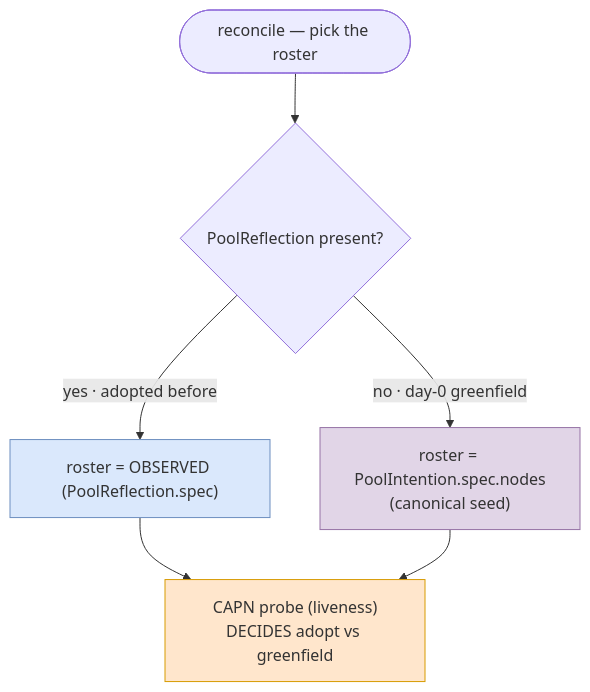
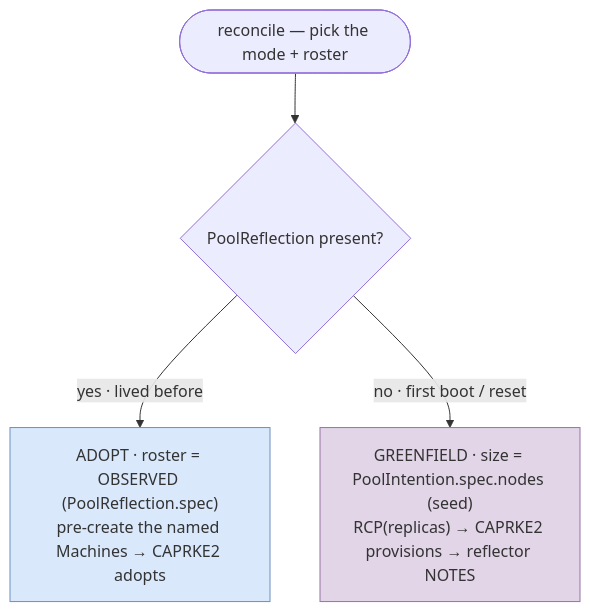
Before and after one commit to seedmatic/rke2lab: the tenth of 12 diagrams in docs/architecture/cluster-api/cluster-seeding-controller.adoc, drawn with Mermaid. The commit also changed other lines of this file and 2 other files, not shown here.

First line of the commit message:
docs(cluster-api): grave the reflector-first / observe-only model

```diff
--- a/docs/architecture/cluster-api/cluster-seeding-controller.adoc
+++ b/docs/architecture/cluster-api/cluster-seeding-controller.adoc
@@ -991,12 +999,9 @@
 [mermaid,cluster-seeding-roster-precedence,svg]
 ----
 flowchart TD
-  start(["reconcile — pick the roster"]) --> q{"PoolReflection present?"}
-  q -->|"yes · adopted before"| refl["roster = OBSERVED (PoolReflection.spec)"]:::code
-  q -->|"no · day-0 greenfield"| seed["roster = PoolIntention.spec.nodes<br/>(canonical seed)"]:::src
-  refl --> probe["CAPN probe (liveness)<br/>DECIDES adopt vs greenfield"]:::hot
-  seed --> probe
+  start(["reconcile — pick the mode + roster"]) --> q{"PoolReflection present?"}
+  q -->|"yes · lived before"| refl["ADOPT · roster = OBSERVED (PoolReflection.spec)<br/>pre-create the named Machines → CAPRKE2 adopts"]:::code
+  q -->|"no · first boot / reset"| seed["GREENFIELD · size = PoolIntention.spec.nodes (seed)<br/>RCP(replicas) → CAPRKE2 provisions → reflector NOTES"]:::src
   classDef code fill:#dae8fc,stroke:#6c8ebf
   classDef src fill:#e1d5e7,stroke:#9673a6
-  classDef hot fill:#ffe6cc,stroke:#d79b00
 ----
```
